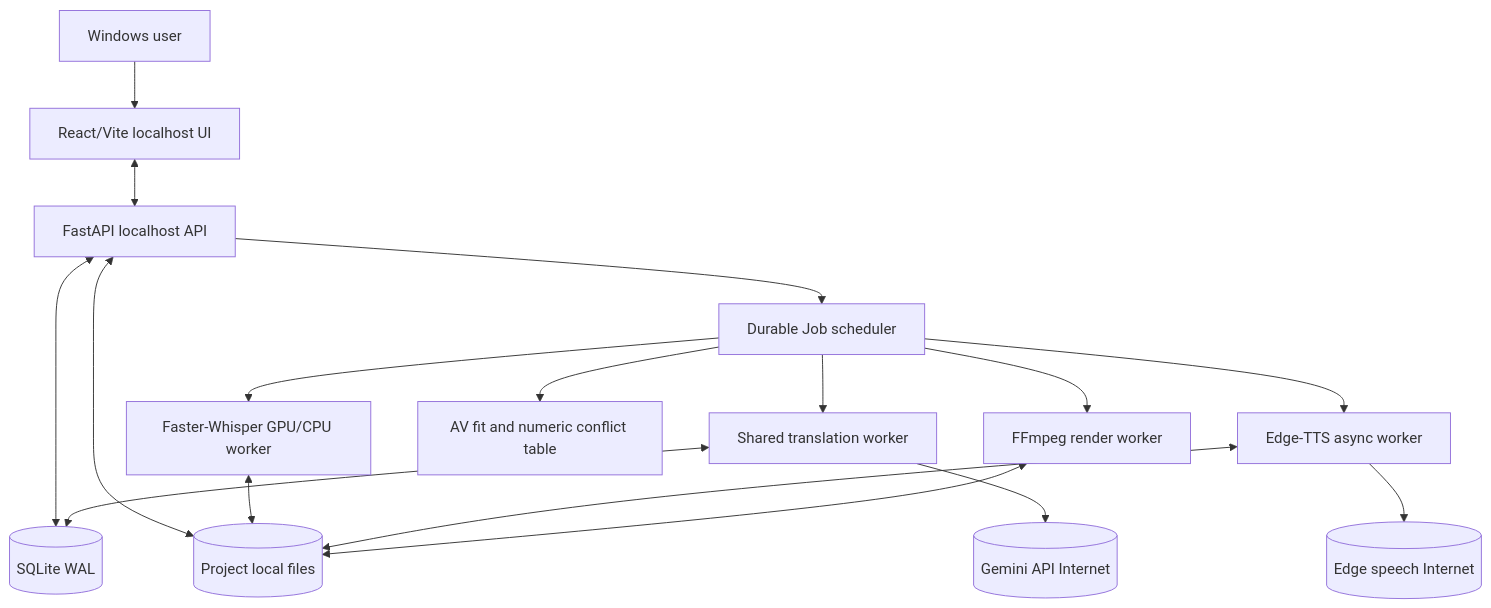
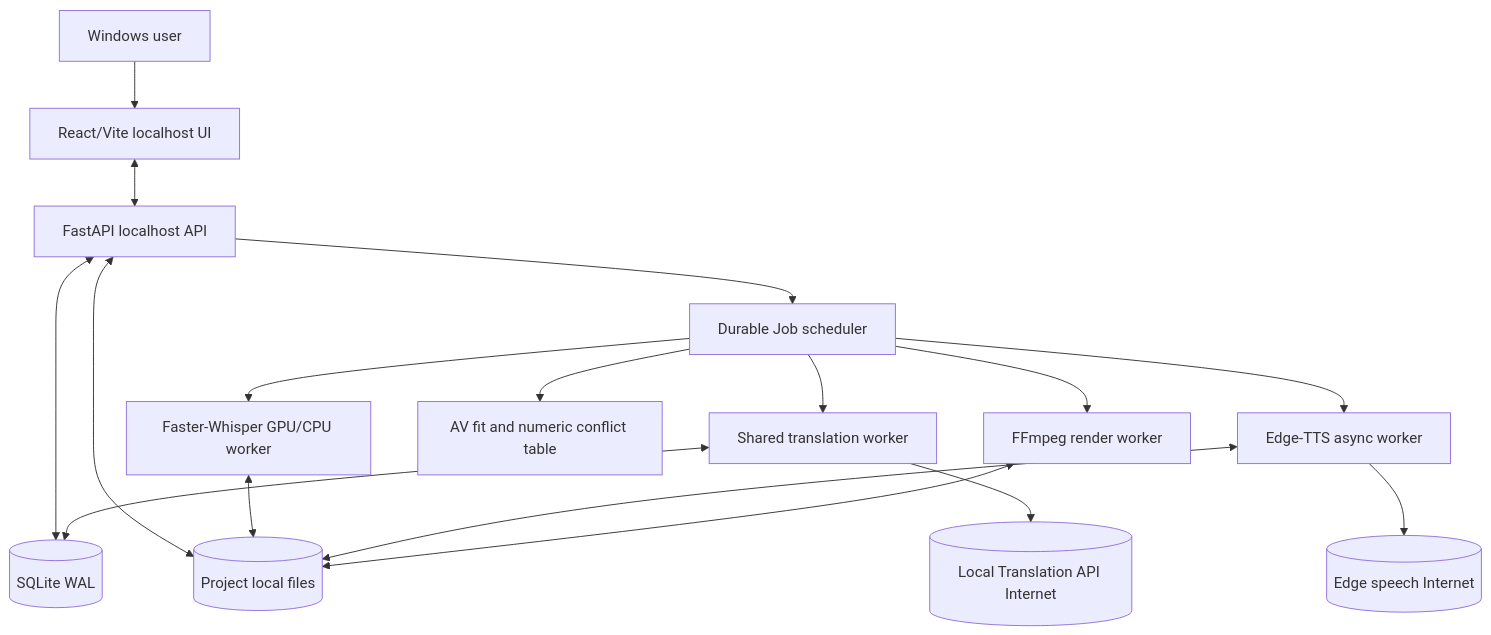
One commit to hochausy05/AutoDub-Local changed the first of 2 diagrams in docs/02_SYSTEM_ARCHITECTURE.md. Above: the diagram before and after it, drawn with Mermaid. The commit also changed other lines of this file and 23 other files, not shown here.

````diff
--- a/docs/02_SYSTEM_ARCHITECTURE.md
+++ b/docs/02_SYSTEM_ARCHITECTURE.md
@@ -9,19 +9,19 @@
 ```mermaid
 flowchart TD
   U[Windows user] --> UI[React/Vite localhost UI]
   UI <--> API[FastAPI localhost API]
   API <--> DB[(SQLite WAL)]
   API <--> FS[(Project local files)]
   API --> Q[Durable Job scheduler]
   Q --> ASR[Faster-Whisper GPU/CPU worker]
   Q --> TR[Shared translation worker]
   Q --> TTS[Edge-TTS async worker]
   Q --> SYNC[AV fit and numeric conflict table]
   Q --> REN[FFmpeg render worker]
   ASR <--> FS
   TR <--> DB
   TTS <--> FS
   REN <--> FS
-  TR --> GEMINI[(Gemini API Internet)]
+  TR --> GEMINI[(Local Translation API Internet)]
   TTS --> EDGE[(Edge speech Internet)]
 ```
````
